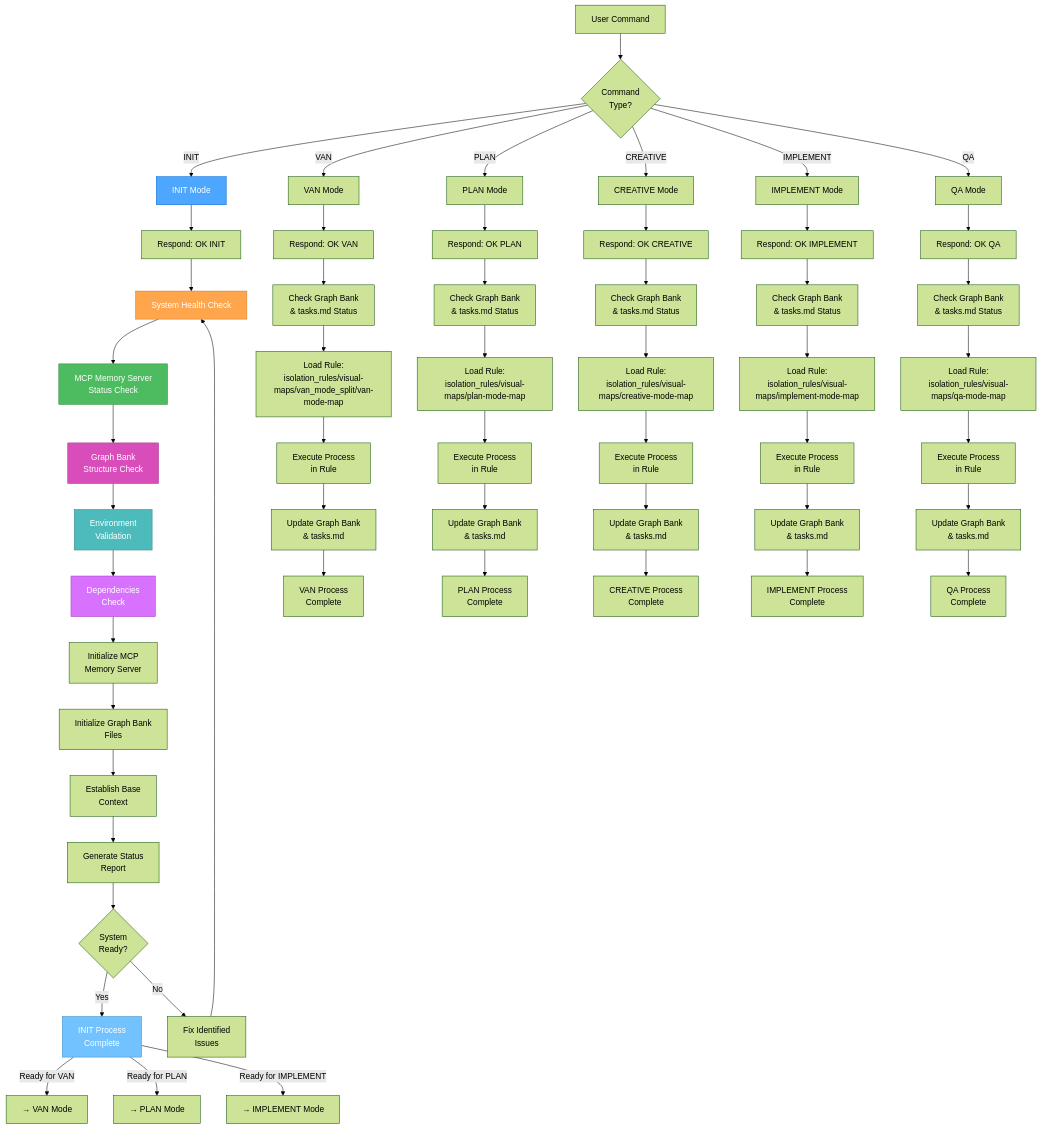
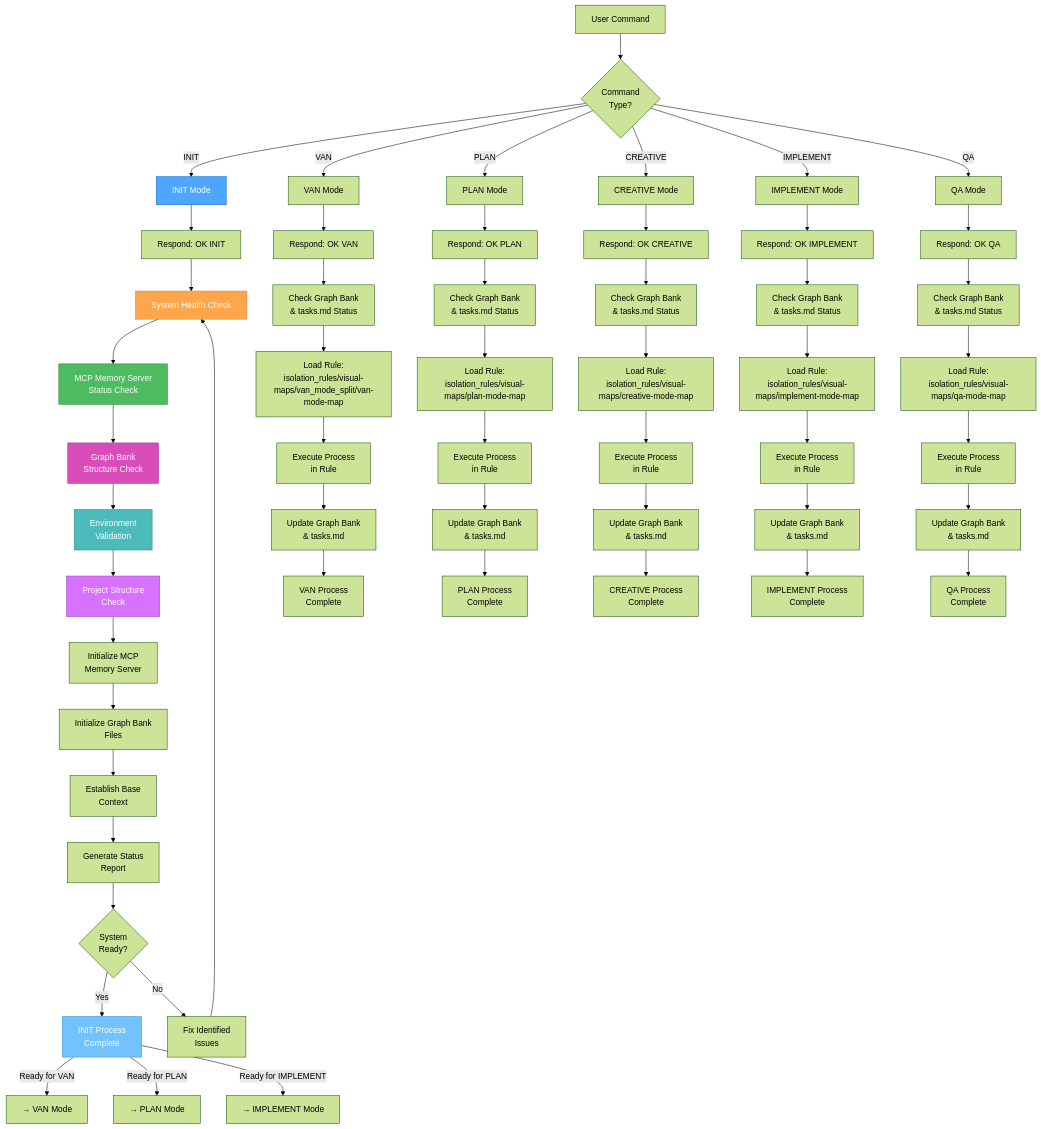
The diagram in .cursor/rules/isolation_rules/Modes/init-mode-detailed.mdc (7Spade/cursor-memory-bank), drawn with Mermaid (forest theme) before and after one commit. The commit also changed other lines of this file and 16 other files, not shown here.

````diff
--- a/.cursor/rules/isolation_rules/Modes/init-mode-detailed.mdc
+++ b/.cursor/rules/isolation_rules/Modes/init-mode-detailed.mdc
@@ -33,10 +33,10 @@
     HealthCheck --> MCPCheck["MCP Memory Server<br>Status Check"]
     MCPCheck --> GraphCheck["Graph Bank<br>Structure Check"]
     GraphCheck --> EnvCheck["Environment<br>Validation"]
-    EnvCheck --> DepCheck["Dependencies<br>Check"]
+    EnvCheck --> ProjCheck["Project Structure<br>Check"]
     
     %% Initialization Process
-    DepCheck --> InitMCP["Initialize MCP<br>Memory Server"]
+    ProjCheck --> InitMCP["Initialize MCP<br>Memory Server"]
     InitMCP --> InitGraph["Initialize Graph Bank<br>Files"]
     InitGraph --> InitContext["Establish Base<br>Context"]
     InitContext --> StatusReport["Generate Status<br>Report"]
@@ -93,6 +93,6 @@
     style MCPCheck fill:#4dbb5f,stroke:#36873f,color:white
     style GraphCheck fill:#d94dbb,stroke:#a3378a,color:white
     style EnvCheck fill:#4dbbbb,stroke:#368787,color:white
-    style DepCheck fill:#d971ff,stroke:#a33bc2,color:white
+    style ProjCheck fill:#d971ff,stroke:#a33bc2,color:white
     style CompleteInit fill:#71c2ff,stroke:#3b8ac2,color:white
 ```
````
